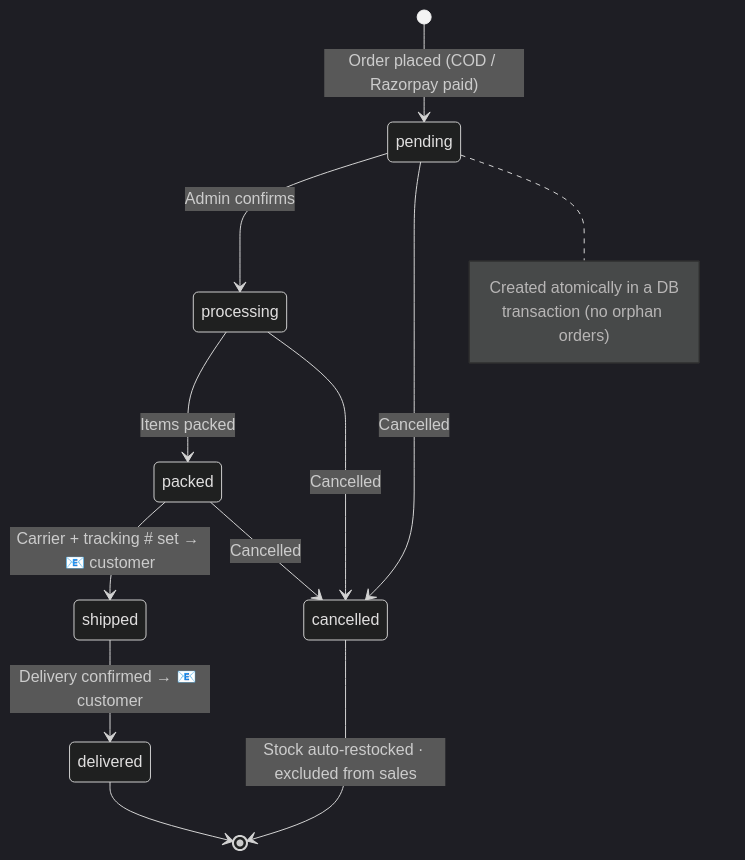
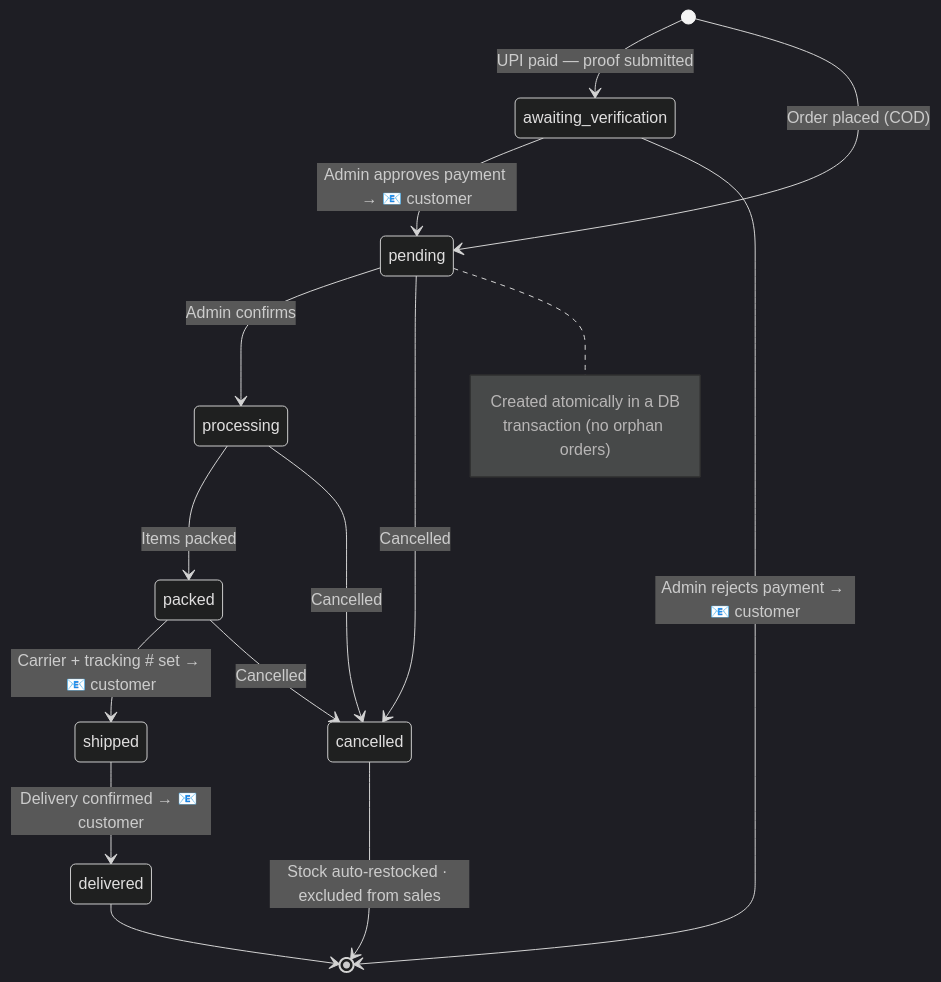
The third of 5 diagrams in README.md (anantha-ctrl/Cloud_Fashion), drawn with Mermaid (dark theme) before and after one commit. The commit also changed other lines of this file and 32 other files, not shown here.

````diff
--- a/README.md
+++ b/README.md
@@ -371,19 +378,22 @@
 ```mermaid
 stateDiagram-v2
-    [*] --> pending: Order placed (COD / Razorpay paid)
+    [*] --> awaiting_verification: UPI paid — proof submitted
+    awaiting_verification --> pending: Admin approves payment → 📧 customer
+    awaiting_verification --> [*]: Admin rejects payment → 📧 customer
+    [*] --> pending: Order placed (COD)
     pending --> processing: Admin confirms
     processing --> packed: Items packed
     packed --> shipped: Carrier + tracking # set → 📧 customer
     shipped --> delivered: Delivery confirmed → 📧 customer
     delivered --> [*]
 
     pending --> cancelled: Cancelled
     processing --> cancelled: Cancelled
     packed --> cancelled: Cancelled
     cancelled --> [*]: Stock auto-restocked · excluded from sales
 
     note right of pending
         Created atomically in a DB
         transaction (no orphan orders)
     end note
 ```
````
